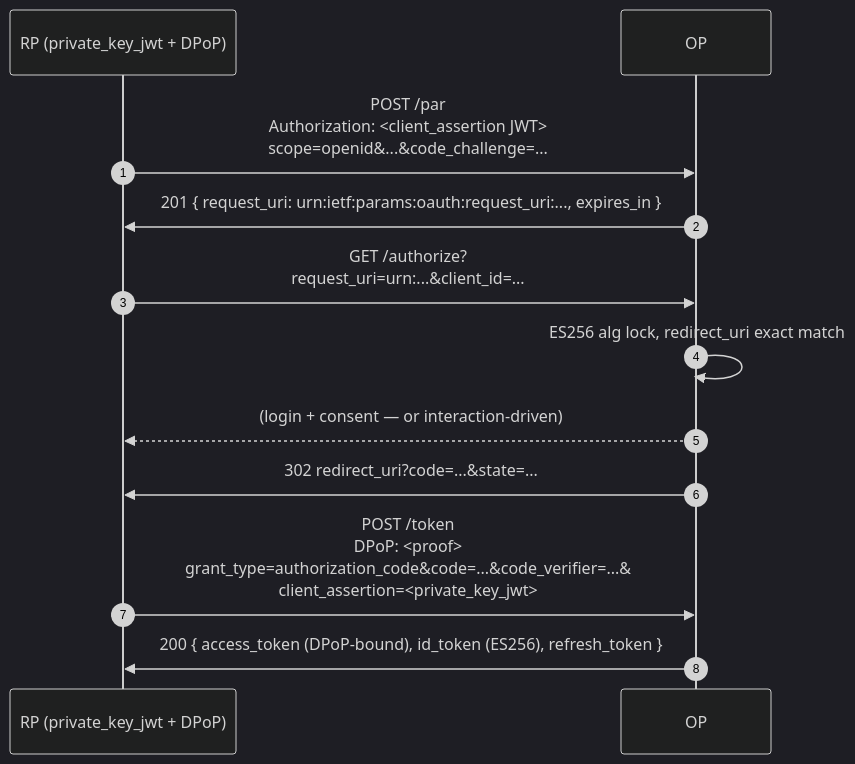
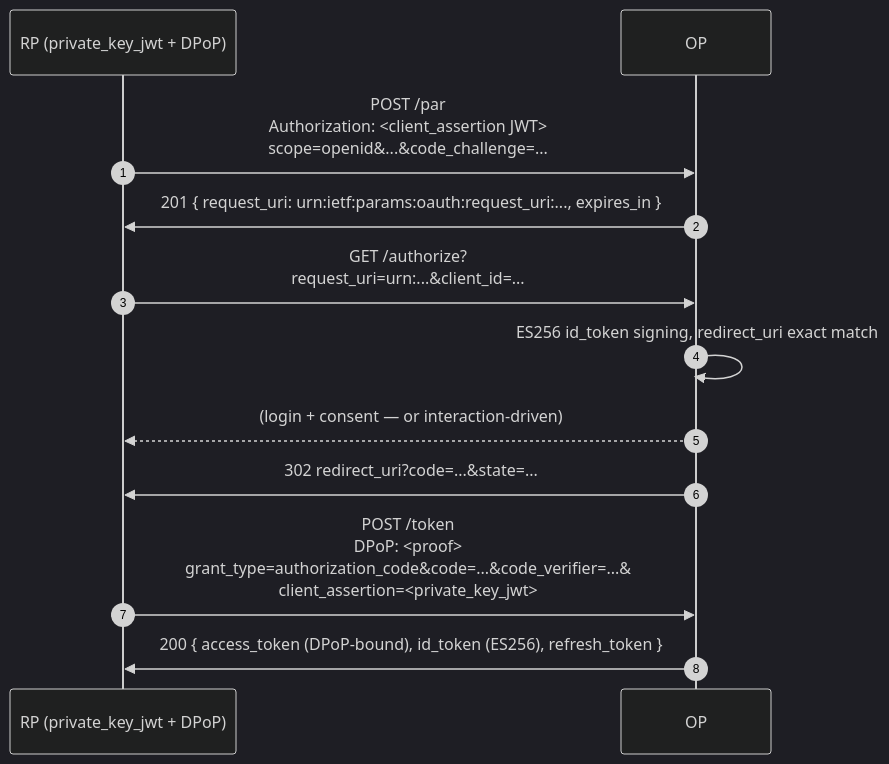
The diagram in src/use-cases/fapi2-baseline.md (libraz/go-oidc-provider-homepage), drawn with Mermaid (dark theme) before and after one commit. The commit also changed other lines of this file and 130 other files, not shown here.

````diff
--- a/src/use-cases/fapi2-baseline.md
+++ b/src/use-cases/fapi2-baseline.md
@@ -43,15 +43,15 @@
 ```mermaid
 sequenceDiagram
     autonumber
     participant RP as RP (private_key_jwt + DPoP)
     participant OP
 
     RP->>OP: POST /par<br/>Authorization: <client_assertion JWT><br/>scope=openid&...&code_challenge=...
     OP->>RP: 201 { request_uri: urn:ietf:params:oauth:request_uri:..., expires_in }
     RP->>OP: GET /authorize?<br/>request_uri=urn:...&client_id=...
-    OP->>OP: ES256 alg lock, redirect_uri exact match
+    OP->>OP: ES256 id_token signing, redirect_uri exact match
     OP-->>RP: (login + consent — or interaction-driven)
     OP->>RP: 302 redirect_uri?code=...&state=...
     RP->>OP: POST /token<br/>DPoP: <proof><br/>grant_type=authorization_code&code=...&code_verifier=...&<br/>client_assertion=<private_key_jwt>
     OP->>RP: 200 { access_token (DPoP-bound), id_token (ES256), refresh_token }
 ```
````
